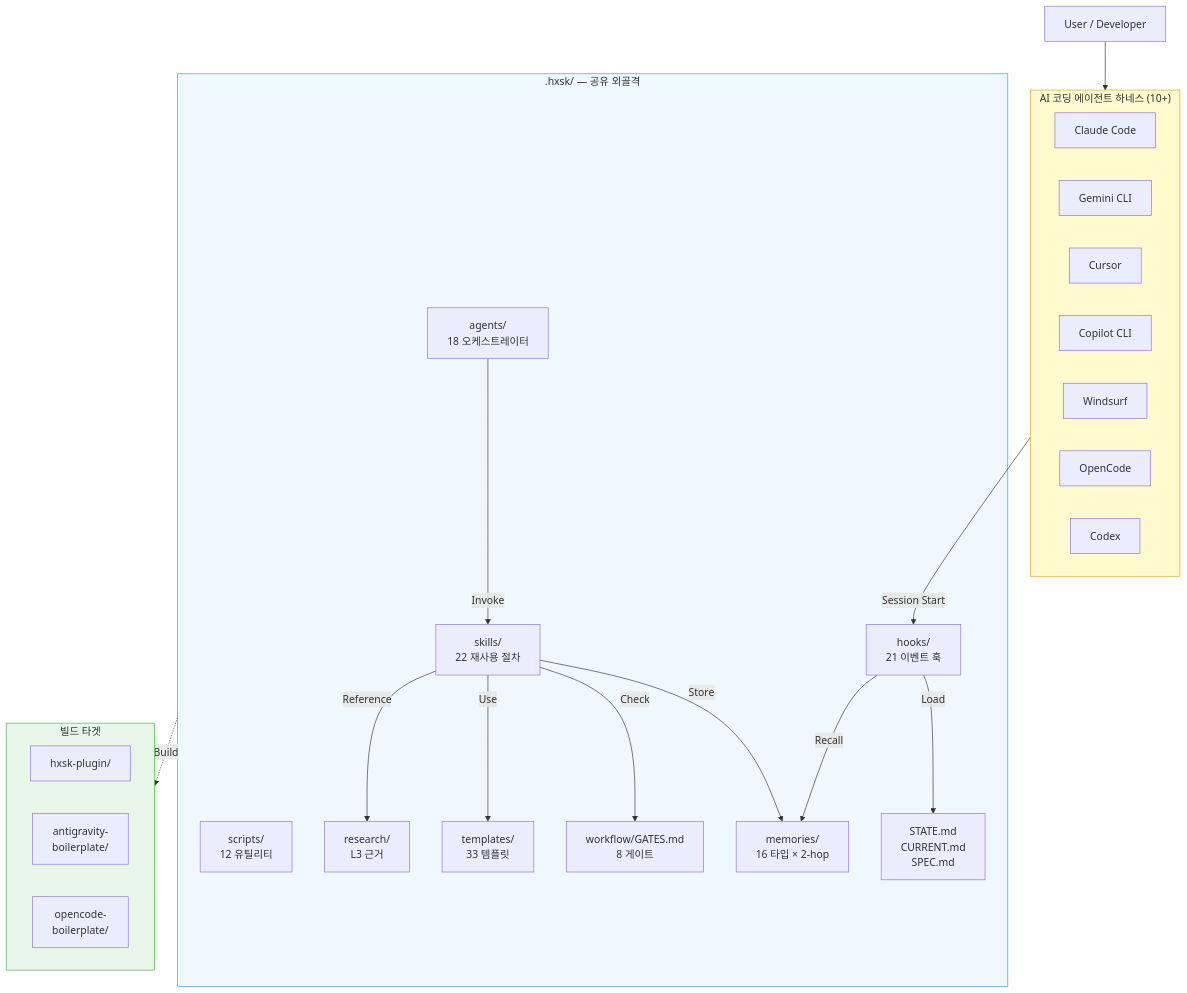
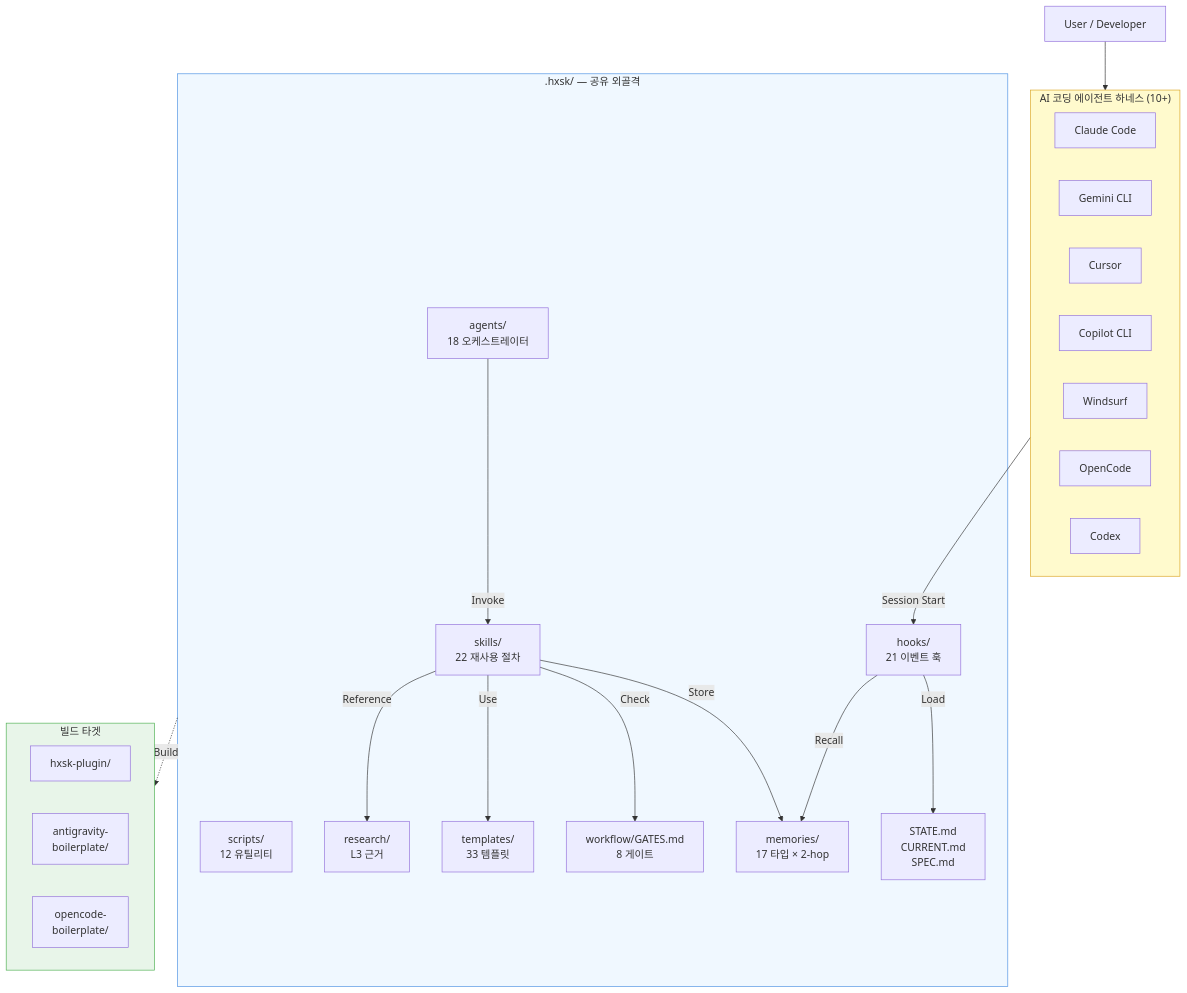
The first of 10 diagrams in docs/system-architecture.md (SukbeomH/HExoskeleton), drawn with Mermaid before and after one commit. The commit also changed other lines of this file and 6 other files, not shown here.

````diff
--- a/docs/system-architecture.md
+++ b/docs/system-architecture.md
@@ -9,48 +9,48 @@
 ```mermaid
 graph TB
     User[User / Developer]
 
     subgraph Harness["AI 코딩 에이전트 하네스 (10+)"]
         CC[Claude Code]
         GC[Gemini CLI]
         CU[Cursor]
         CP[Copilot CLI]
         WS[Windsurf]
         OC[OpenCode]
         CX[Codex]
     end
 
     subgraph HXSK[".hxsk/ — 공유 외골격"]
         Skills[skills/<br/>22 재사용 절차]
         Agents[agents/<br/>18 오케스트레이터]
         Hooks[hooks/<br/>21 이벤트 훅]
         Scripts[scripts/<br/>12 유틸리티]
-        Memory[memories/<br/>16 타입 × 2-hop]
+        Memory[memories/<br/>17 타입 × 2-hop]
         Workflow[workflow/GATES.md<br/>8 게이트]
         Templates[templates/<br/>33 템플릿]
         State[STATE.md<br/>CURRENT.md<br/>SPEC.md]
         Research[research/<br/>L3 근거]
     end
 
     subgraph Outputs["빌드 타겟"]
         Plugin[hxsk-plugin/]
         Antigrav[antigravity-<br/>boilerplate/]
         OpenCodeOut[opencode-<br/>boilerplate/]
     end
 
     User --> Harness
     Harness -->|Session Start| Hooks
     Hooks -->|Load| State
     Hooks -->|Recall| Memory
     Agents -->|Invoke| Skills
     Skills -->|Store| Memory
     Skills -->|Check| Workflow
     Skills -->|Use| Templates
     Skills -->|Reference| Research
 
     HXSK -.Build.-> Outputs
 
     style HXSK fill:#f0f8ff,stroke:#4a90e2
     style Harness fill:#fffacd,stroke:#daa520
     style Outputs fill:#e8f5e9,stroke:#4caf50
 ```
````
